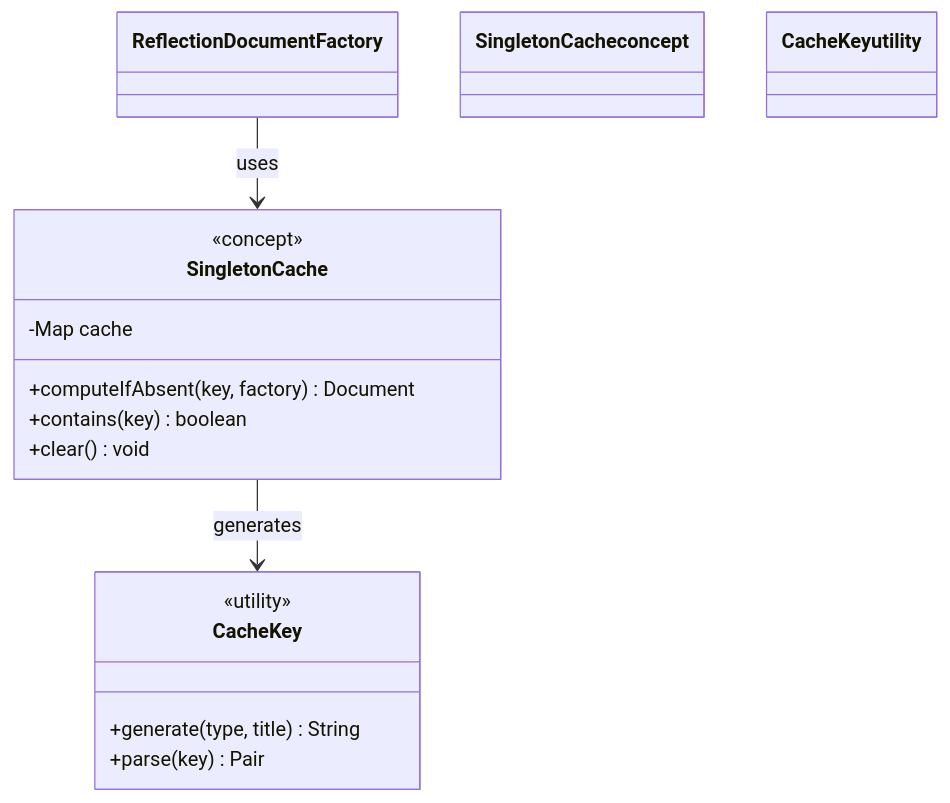
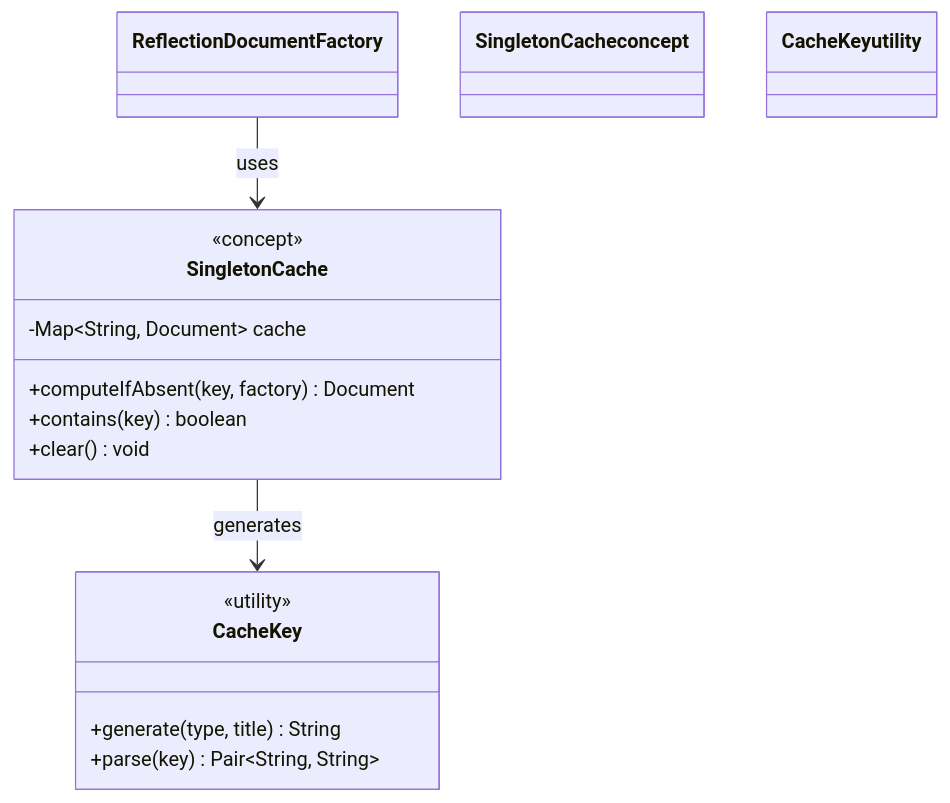
The third of 4 diagrams in factory-method-pattern/docs/uml/reflection-based-factory-class-diagram.md (0-1-Developer/0-1-low-level-design), drawn with Mermaid before and after one commit. The commit also changed other lines of this file and 5 other files, not shown here.

First line of the commit message:
Fix Mermaid class diagram syntax errors completely

````diff
--- a/factory-method-pattern/docs/uml/reflection-based-factory-class-diagram.md
+++ b/factory-method-pattern/docs/uml/reflection-based-factory-class-diagram.md
@@ -229,25 +233,25 @@
 ```mermaid
 classDiagram
     class SingletonCache {
         <<concept>>
-        -Map<String, Document> cache
+        -Map~String, Document~ cache
         +computeIfAbsent(key, factory) Document
         +contains(key) boolean
         +clear() void
     }
     
     class CacheKey {
         <<utility>>
         +generate(type, title) String
-        +parse(key) Pair<String, String>
+        +parse(key) Pair~String, String~
     }
     
     ReflectionDocumentFactory --> SingletonCache : uses
     SingletonCache --> CacheKey : generates
     
     classDef concept fill:#f0f0f0,stroke:#666666,stroke-width:2px
     classDef utility fill:#e6e6ff,stroke:#0000ff,stroke-width:2px
     
     class SingletonCache concept  
     class CacheKey utility
 ```
````
